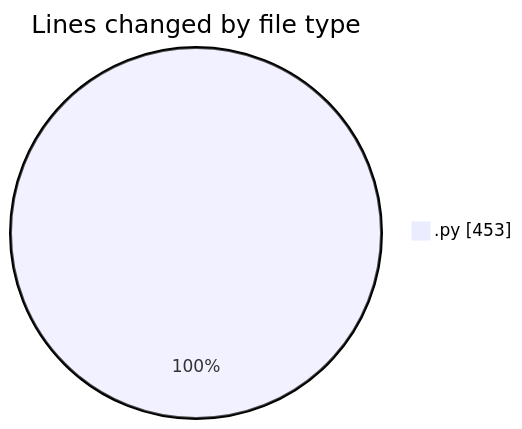
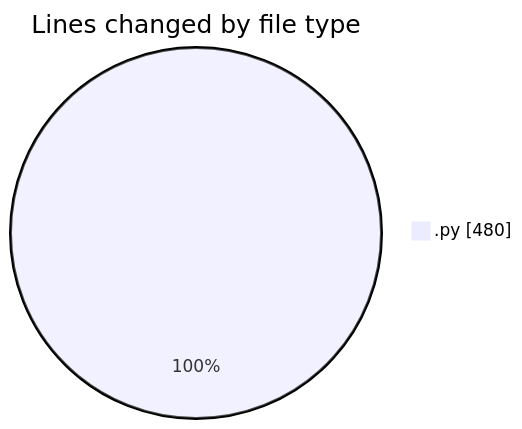
Before and after one commit to momahboobian/code-tracking: the first of 2 diagrams in 2025-03-25/samplepdf/README.md, drawn with Mermaid. The commit also changed other lines of this file and 1 other file, not shown here.

````diff
--- a/2025-03-25/samplepdf/README.md
+++ b/2025-03-25/samplepdf/README.md
@@ -23,5 +23,5 @@
 ```mermaid
 pie showData
 title Lines changed by file type
-".py" : 453
+".py" : 480
 ```
````
